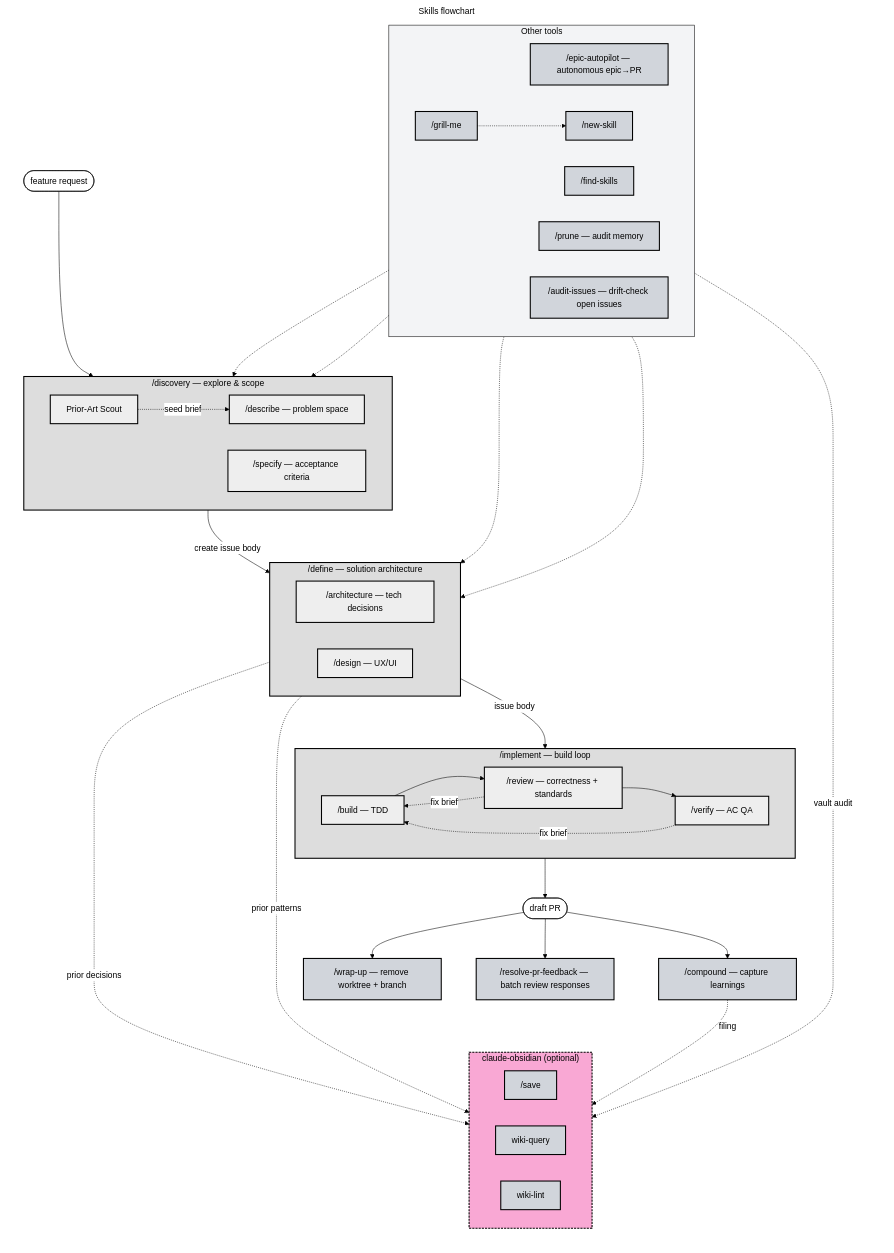
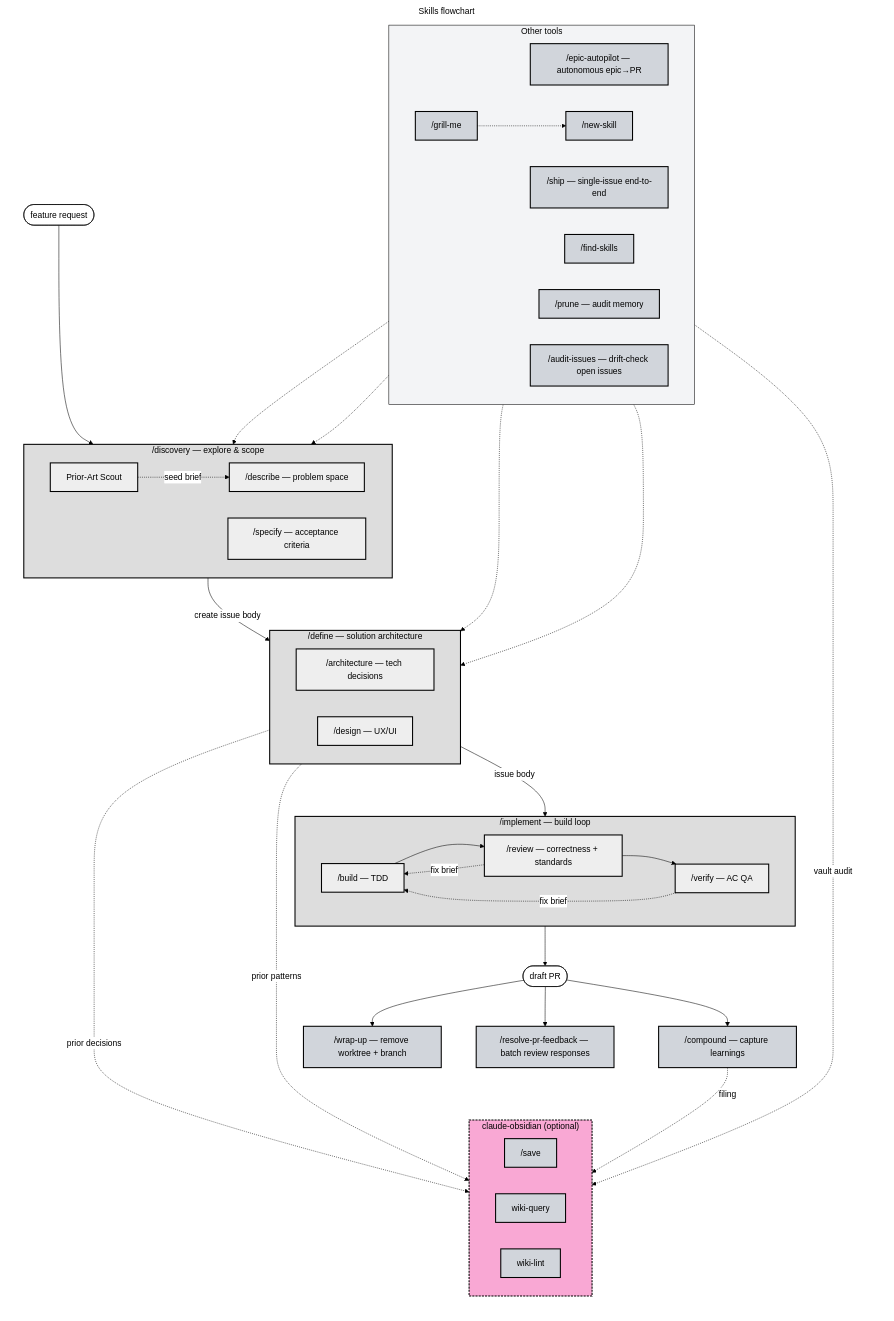
One commit to misiekhardcore/claude-workflow changed the diagram in README.md. Above: the diagram before and after it, drawn with Mermaid. The commit also changed other lines of this file and 2 other files, not shown here.

Commit message:
feat: add /ship skill — single-issue end-to-end pipeline
Closes #92

````diff
--- a/README.md
+++ b/README.md
@@ -5,78 +5,79 @@
 ```mermaid
 %%{init: {'theme':'base', 'themeVariables': {'background':'#000','primaryColor':'#ffffff','primaryTextColor':'#000000','primaryBorderColor':'#000000','lineColor':'#000000','textColor':'#000000','titleColor':'#000000','clusterBkg':'#f3f4f6','clusterBorder':'#000000','edgeLabelBackground':'#ffffff'}}}%%
 flowchart TB
     subgraph Canvas["Skills flowchart"]
         direction TB
         Start([feature request]) --> Discovery
 
         subgraph Discovery["/discovery — explore & scope"]
             direction LR
             D_Describe["/describe — problem space"]
             D_Specify["/specify — acceptance criteria"]
             D_Scout["Prior-Art Scout"]
             D_Scout -.seed brief.-> D_Describe
         end
 
         subgraph Define["/define — solution architecture"]
             direction LR
             Df_Arch["/architecture — tech decisions"]
             Df_Design["/design — UX/UI"]
         end
 
         subgraph Implement["/implement — build loop"]
             direction LR
             I_Build["/build — TDD"]
             I_Review["/review — correctness + standards"]
             I_Verify["/verify — AC QA"]
             I_Build --> I_Review --> I_Verify
             I_Verify -.fix brief.-> I_Build
             I_Review -.fix brief.-> I_Build
         end
 
         Discovery -->|create issue body| Define
         Define -->|issue body| Implement
         Implement --> PR([draft PR])
         PR --> Compound["/compound — capture learnings"]
         PR --> ResolvePR["/resolve-pr-feedback — batch review responses"]
         PR --> WrapUp["/wrap-up — remove worktree + branch"]
 
         subgraph Meta["Other tools"]
             direction LR
             EpicAutopilot["/epic-autopilot — autonomous epic→PR"]
+            Ship["/ship — single-issue end-to-end"]
             NewSkill["/new-skill"]
             FindSkills["/find-skills"]
             Prune["/prune — audit memory"]
             AuditIssues["/audit-issues — drift-check open issues"]
             GrillMe["/grill-me"]
         end
 
         GrillMe -.-> D_Describe
         GrillMe -.-> D_Specify
         GrillMe -.-> Df_Arch
         GrillMe -.-> Df_Design
         GrillMe -.-> NewSkill
 
         subgraph Obsidian["claude-obsidian (optional)"]
             direction LR
             Save["/save"]
             WikiQuery["wiki-query"]
             WikiLint["wiki-lint"]
         end
         Compound -. filing .-> Save
         Df_Arch -. prior patterns .-> WikiQuery
         Define -. prior decisions .-> WikiQuery
         Prune -. vault audit .-> WikiLint
     end
 
     classDef canvas fill:#ffffff,stroke:#ffffff,color:#000000
     classDef orch fill:#dddddd,stroke:#000000,stroke-width:2px,color:#000000
     classDef spec fill:#eeeeee,stroke:#000000,stroke-width:2px,color:#000000
     classDef prim fill:#a5b4fc,stroke:#000000,stroke-width:2px,color:#000000
     classDef meta fill:#d1d5db,stroke:#000000,stroke-width:2px,color:#000000
     classDef ext  fill:#f9a8d4,stroke:#000000,stroke-width:2px,stroke-dasharray:4 2,color:#000000
     class Canvas canvas
     class Discovery,Define,Implement orch
     class D_Describe,D_Specify,D_Scout,Df_Arch,Df_Design,I_Build,I_Review,I_Verify spec
-    class GrillMe,NewSkill,FindSkills,Prune,AuditIssues,WrapUp,Compound,ResolvePR,EpicAutopilot,Save,WikiQuery,WikiLint meta
+    class GrillMe,NewSkill,FindSkills,Prune,AuditIssues,WrapUp,Compound,ResolvePR,EpicAutopilot,Ship,Save,WikiQuery,WikiLint meta
     class Obsidian ext
 ```
````
